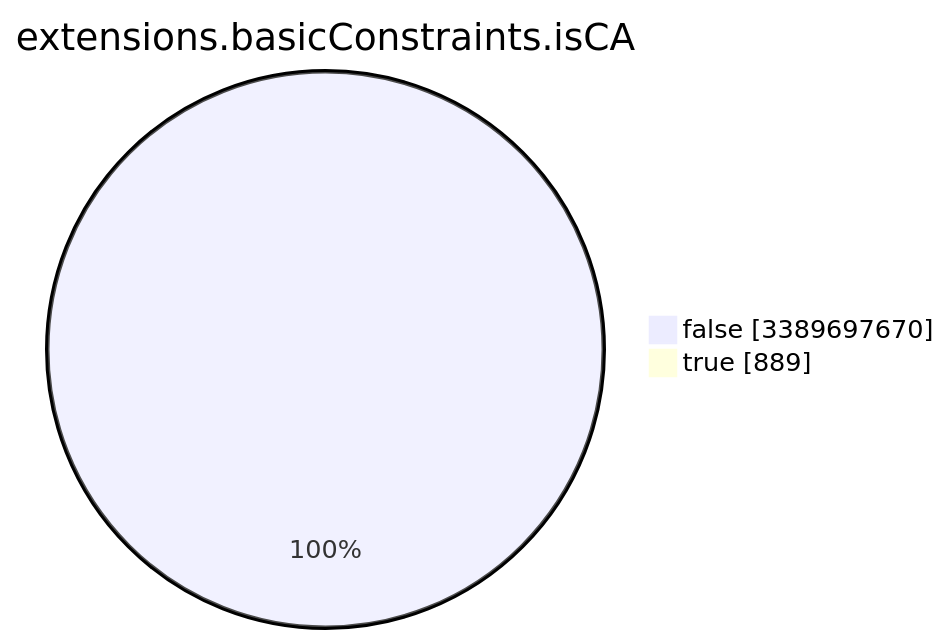
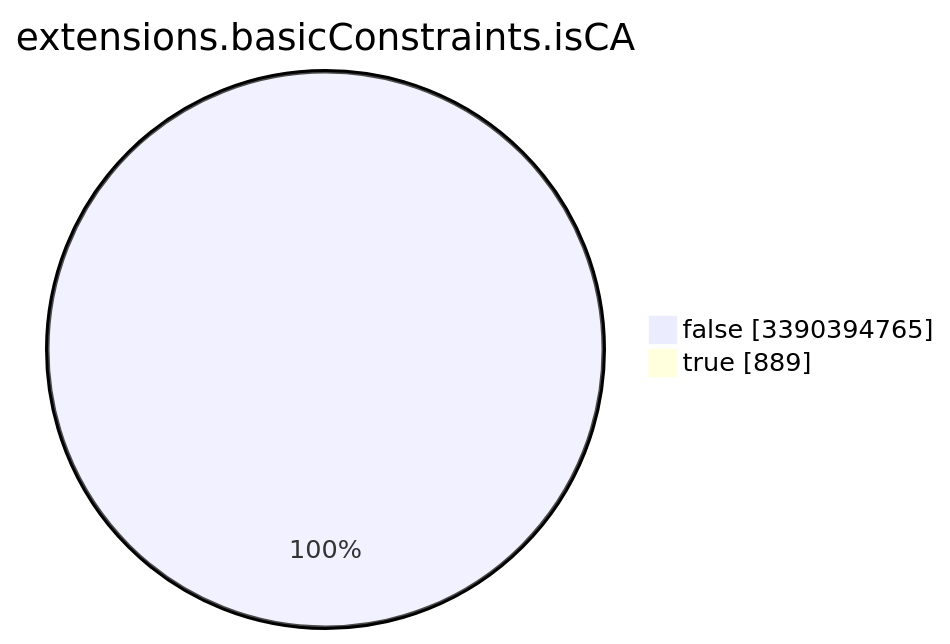
Before and after one commit to christiankrug/ctmonitor_visualization: the seventh of 15 diagrams in TOTAL/README.md, drawn with Mermaid. The commit also changed other lines of this file, not shown here.

````diff
--- a/TOTAL/README.md
+++ b/TOTAL/README.md
@@ -3090,6 +3090,6 @@
 ```mermaid
 pie showData
 title extensions.basicConstraints.isCA
-"false" :3389697670
+"false" :3390394765
 "true" :889
 ```
````
